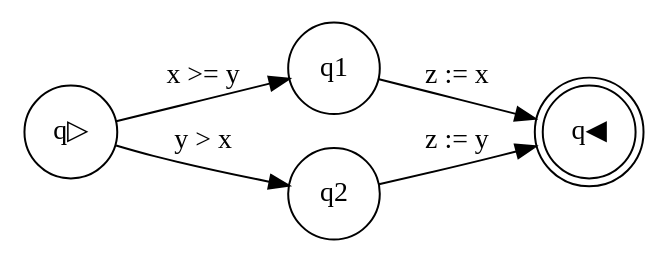
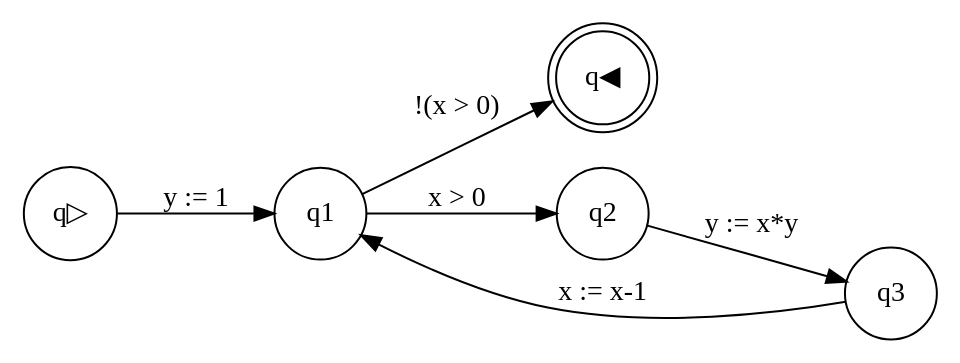
The diagram in graph.gv (montymse/GCLMOD), drawn with Graphviz before and after one commit. The commit also changed 4 other files, not shown here.

```diff
--- a/graph.gv
+++ b/graph.gv
@@ -1,9 +1,10 @@
 digraph program_graph {rankdir=LR;
 node [shape = circle]; q▷;
 node [shape = doublecircle]; q◀; 
 node [shape = circle]
-	q▷ -> q1 [label = "x >= y"];
-	q1 -> q◀ [label = "z := x"];
-	q▷ -> q2 [label = "y > x"];
-	q2 -> q◀ [label = "z := y"];
+	q▷ -> q1 [label = "y := 1"];
+	q1 -> q2 [label = "x > 0"];
+	q2 -> q3 [label = "y := x*y"];
+	q3 -> q1 [label = "x := x-1"];
+	q1 -> q◀ [label = "!(x > 0)"];
 }
```
